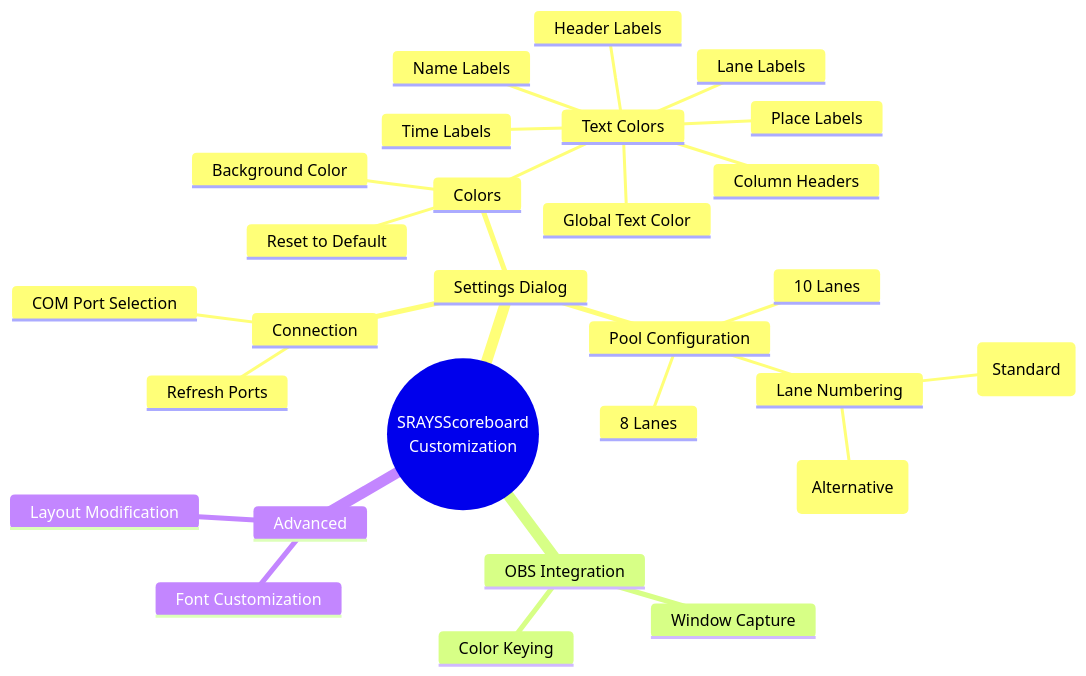
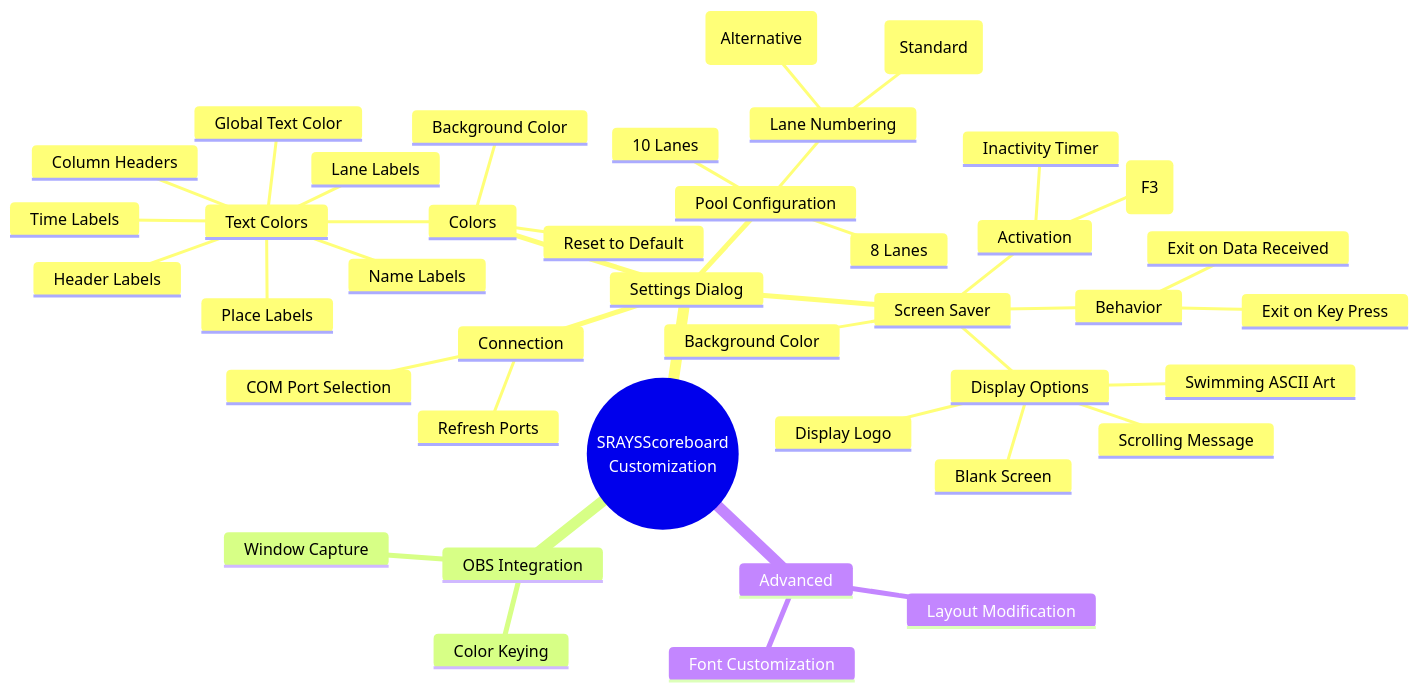
Before and after one commit to fvishram/SRAYSScoreboard: the first of 3 diagrams in docs/CUSTOMIZATION.md, drawn with Mermaid. The commit also changed other lines of this file and 9 other files, not shown here.

First line of the commit message:
Add screen saver functionality with visibility enhancements

````diff
--- a/docs/CUSTOMIZATION.md
+++ b/docs/CUSTOMIZATION.md
@@ -5,31 +5,44 @@
 ```mermaid
 mindmap
   root((SRAYSScoreboard<br>Customization))
     Settings Dialog
       Connection
         COM Port Selection
         Refresh Ports
       Colors
         Background Color
         Text Colors
           Global Text Color
           Header Labels
           Column Headers
           Name Labels
           Time Labels
           Place Labels
           Lane Labels
         Reset to Default
       Pool Configuration
         8 Lanes
         10 Lanes
         Lane Numbering
           1-10 (Standard)
           0-9 (Alternative)
+      Screen Saver
+        Display Options
+          Swimming ASCII Art
+          Blank Screen
+          Display Logo
+          Scrolling Message
+        Activation
+          Inactivity Timer
+          Manual Activation (F3)
+        Behavior
+          Exit on Data Received
+          Exit on Key Press
+        Background Color
     OBS Integration
       Window Capture
       Color Keying
     Advanced
       Font Customization
       Layout Modification
 ```
````
